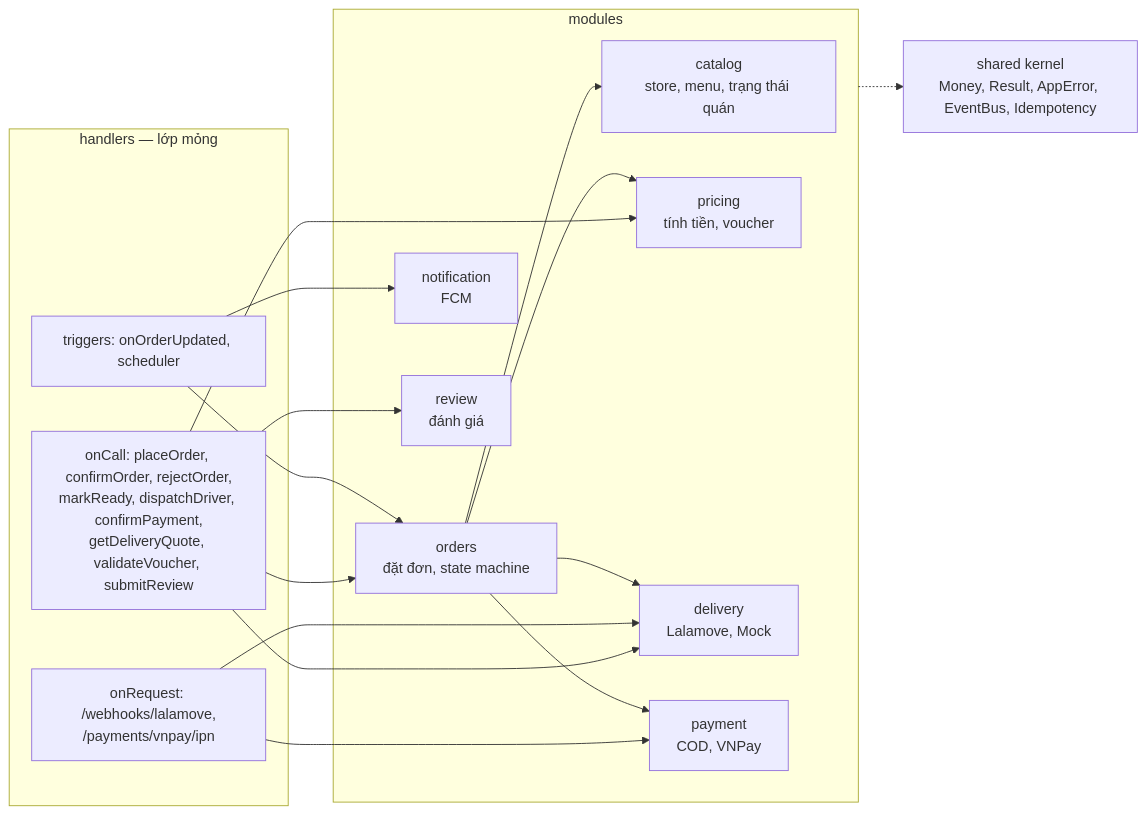
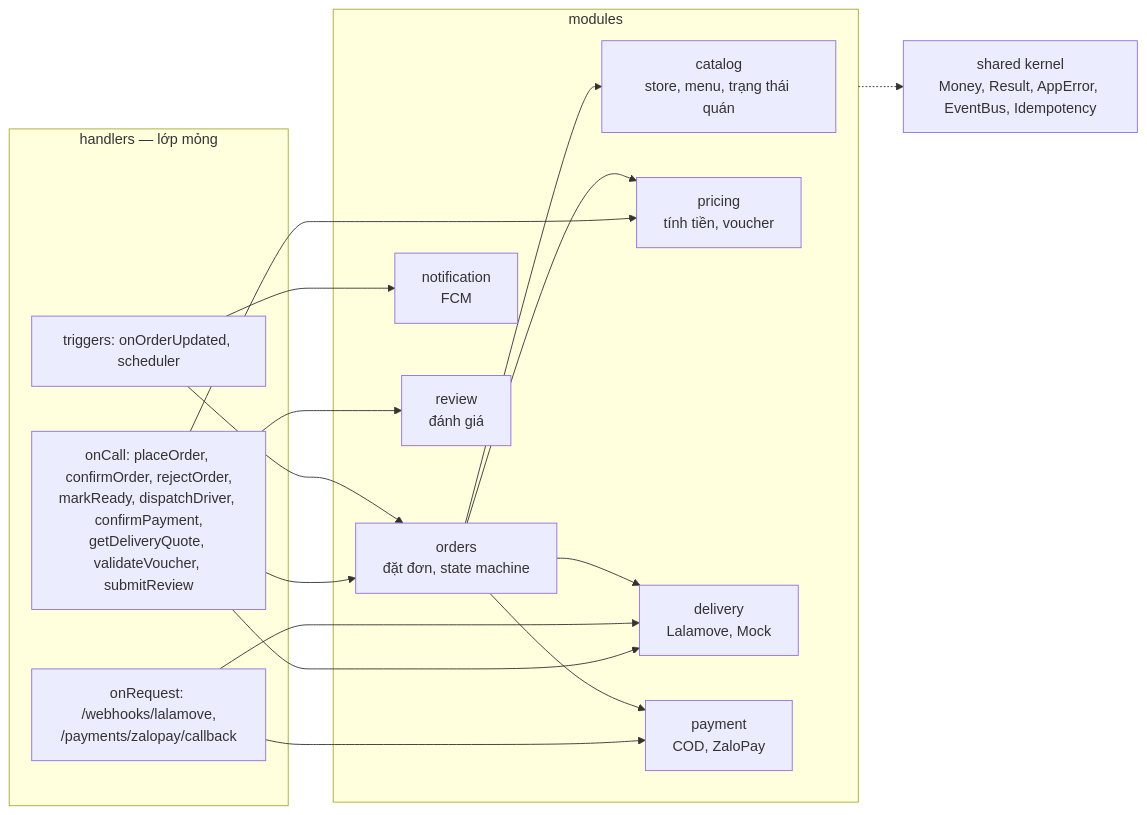
Before and after one commit to thanhpino/MobileAppFinalProject-MiaoSong: the third of 9 diagrams in docs/02-architecture.md, drawn with Mermaid. The commit also changed other lines of this file and 51 other files, not shown here.

Commit message:
- completed class diagrams - completed activity diagrams - completed use case diagrams - completed test plans - adjusted the sequence diagrams from TMT after changing from vnpay to zalopay, and ggmap to openstreetmap

````diff
--- a/docs/02-architecture.md
+++ b/docs/02-architecture.md
@@ -94,31 +94,31 @@
 ```mermaid
 flowchart LR
     subgraph Handlers["handlers — lớp mỏng"]
         HC["onCall: placeOrder, confirmOrder, rejectOrder,<br/>markReady, dispatchDriver, confirmPayment,<br/>getDeliveryQuote, validateVoucher, submitReview"]
-        HW["onRequest: /webhooks/lalamove,<br/>/payments/vnpay/ipn"]
+        HW["onRequest: /webhooks/lalamove,<br/>/payments/zalopay/callback"]
         HT["triggers: onOrderUpdated, scheduler"]
     end
     subgraph Modules["modules"]
         CAT["catalog<br/>store, menu, trạng thái quán"]
         PRI["pricing<br/>tính tiền, voucher"]
         ORD["orders<br/>đặt đơn, state machine"]
         DEL["delivery<br/>Lalamove, Mock"]
-        PAY["payment<br/>COD, VNPay"]
+        PAY["payment<br/>COD, ZaloPay"]
         NOT["notification<br/>FCM"]
         REV["review<br/>đánh giá"]
     end
     SH["shared kernel<br/>Money, Result, AppError, EventBus, Idempotency"]
     HC --> ORD
     HC --> PRI
     HC --> DEL
     HC --> REV
     HW --> DEL
     HW --> PAY
     HT --> NOT
     HT --> ORD
     ORD --> CAT
     ORD --> PRI
     ORD --> DEL
     ORD --> PAY
     Modules -.-> SH
 ```
````
